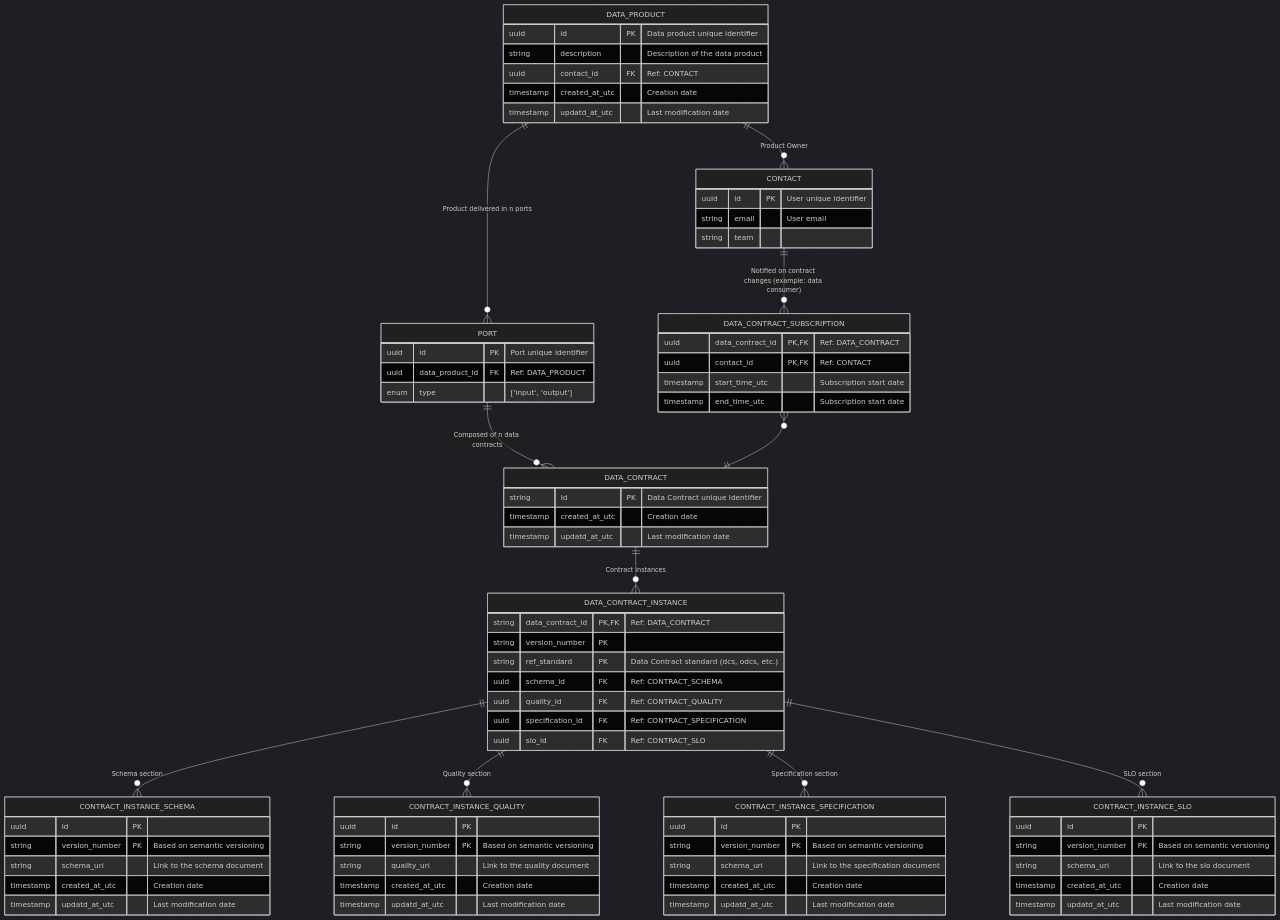
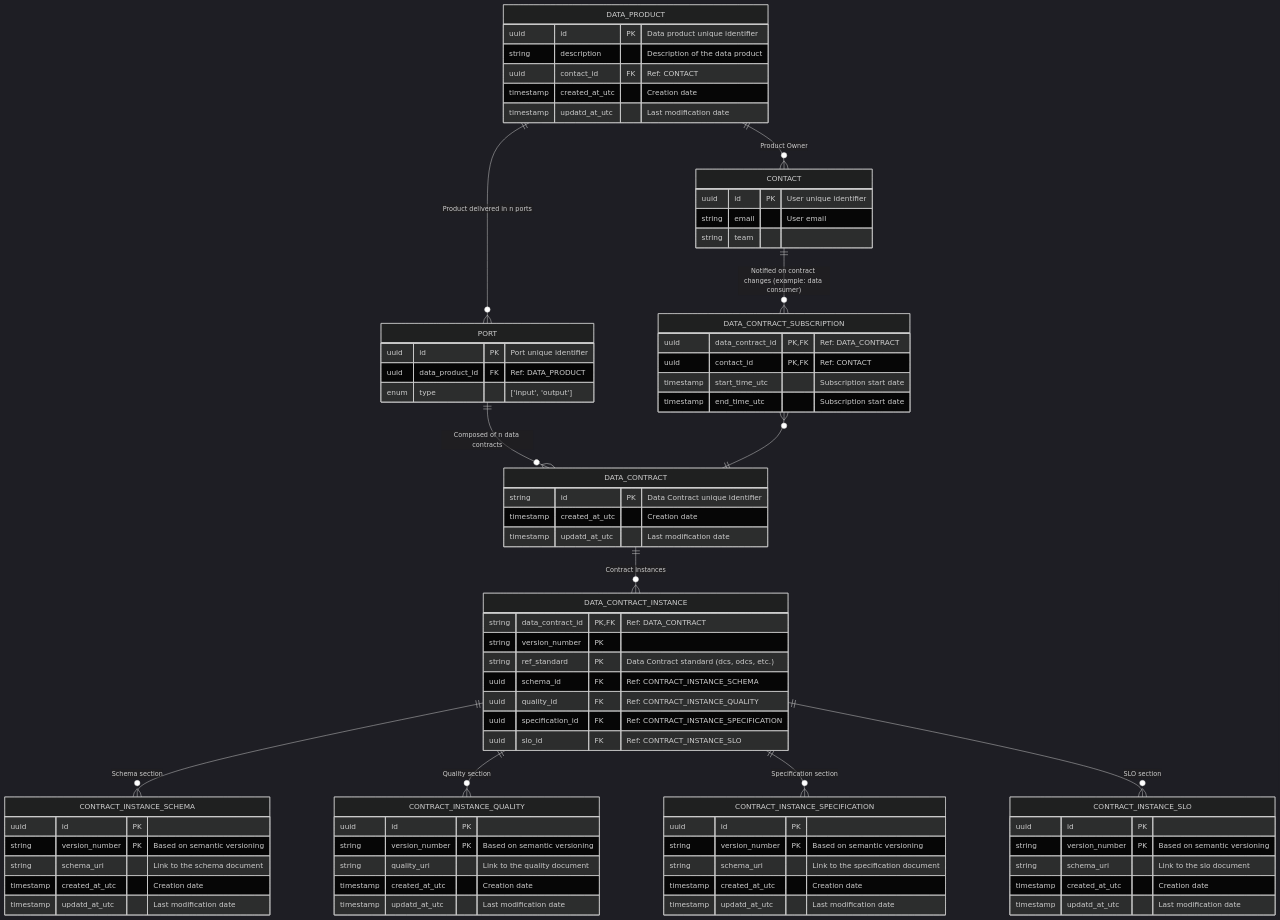
Before and after one commit to monmaya/base-impl: the diagram in docs/relational_model.md, drawn with Mermaid (dark theme).

```diff
--- a/docs/relational_model.md
+++ b/docs/relational_model.md
@@ -31,10 +31,10 @@
         string data_contract_id PK, FK "Ref: DATA_CONTRACT"
         string version_number PK
         string ref_standard PK "Data Contract standard (dcs, odcs, etc.)"
-        uuid schema_id FK "Ref: CONTRACT_SCHEMA"
-        uuid quality_id FK "Ref: CONTRACT_QUALITY"
-        uuid specification_id FK "Ref: CONTRACT_SPECIFICATION"
-        uuid slo_id FK "Ref: CONTRACT_SLO"
+        uuid schema_id FK "Ref: CONTRACT_INSTANCE_SCHEMA"
+        uuid quality_id FK "Ref: CONTRACT_INSTANCE_QUALITY"
+        uuid specification_id FK "Ref: CONTRACT_INSTANCE_SPECIFICATION"
+        uuid slo_id FK "Ref: CONTRACT_INSTANCE_SLO"
     }
     
     DATA_CONTRACT_SUBSCRIPTION {
```
